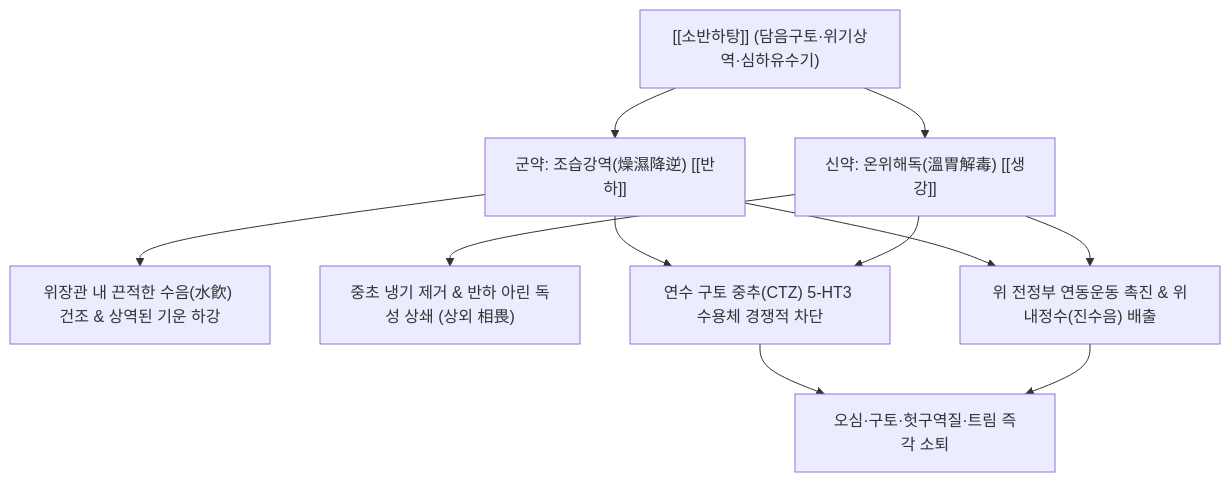
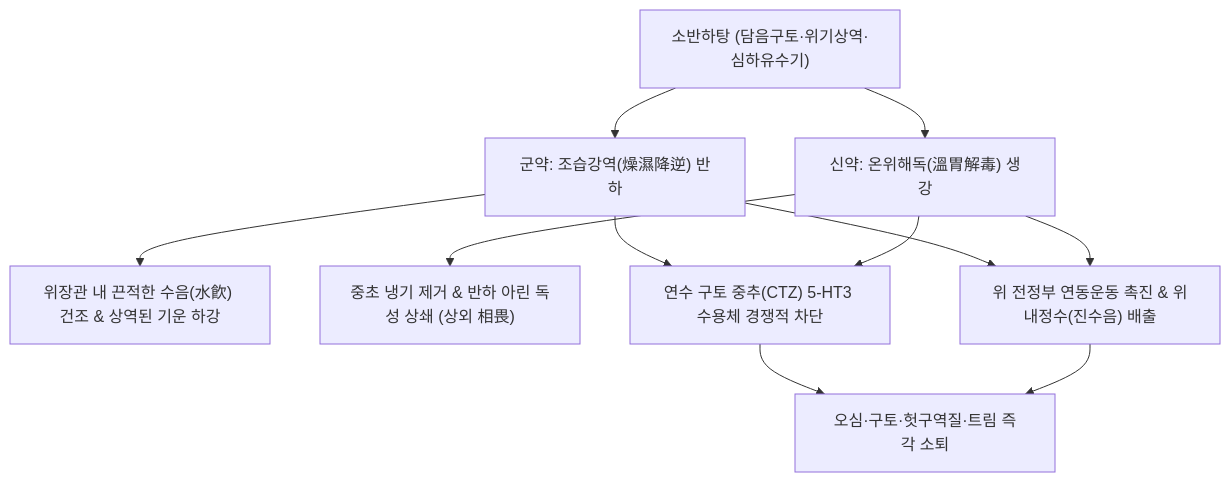
The diagram in content/2. 약리 공부/처방/03_화담·거습·이수제/소반하탕.md (simbio11/simbio-digital-garden2), drawn with Mermaid before and after one commit. The commit also changed other lines of this file and 323 other files, not shown here.

````diff
--- a/content/2. 약리 공부/처방/03_화담·거습·이수제/소반하탕.md
+++ b/content/2. 약리 공부/처방/03_화담·거습·이수제/소반하탕.md
@@ -43,13 +43,13 @@
 ```mermaid
 graph TD
-    A["[[소반하탕]] (담음구토·위기상역·심하유수기)"] --> B["군약: 조습강역(燥濕降逆) [[반하]]"]
-    A --> C["신약: 온위해독(溫胃解毒) [[생강]]"]
+    A["소반하탕 (담음구토·위기상역·심하유수기)"] --> B["군약: 조습강역(燥濕降逆) 반하"]
+    A --> C["신약: 온위해독(溫胃解毒) 생강"]
 
     B --> D["위장관 내 끈적한 수음(水飮) 건조 & 상역된 기운 하강"]
     C --> E["중초 냉기 제거 & 반하 아린 독성 상쇄 (상외 相畏)"]
 
     B & C --> F["연수 구토 중추(CTZ) 5-HT3 수용체 경쟁적 차단"]
     B & C --> G["위 전정부 연동운동 촉진 & 위내정수(진수음) 배출"]
 
     F & G --> H["오심·구토·헛구역질·트림 즉각 소퇴"]
 ```
````
